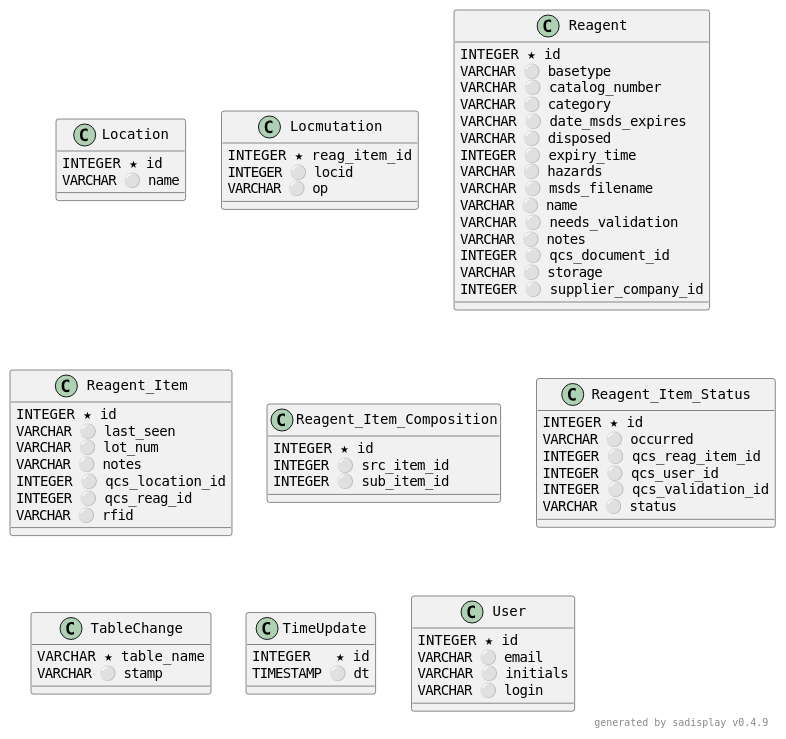
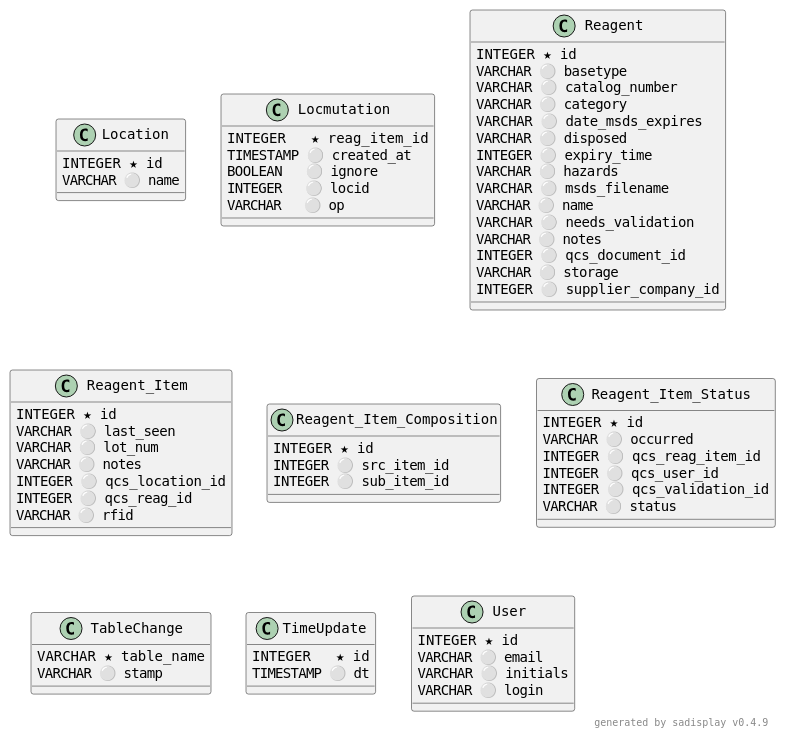
One commit to cfe-lab/stocky changed the diagram in stocky-devel/stocky/docs/source/chemstock.plantuml. Above: the diagram before and after it, drawn with PlantUML. The commit also changed 27 other files, not shown here.

```diff
--- a/stocky-devel/stocky/docs/source/chemstock.plantuml
+++ b/stocky-devel/stocky/docs/source/chemstock.plantuml
@@ -1,78 +1,80 @@
 @startuml
 
 skinparam defaultFontName Courier
 
 Class Location {
     INTEGER ★ id  
     VARCHAR ⚪ name
 }
 
 Class Locmutation {
-    INTEGER ★ reag_item_id
-    INTEGER ⚪ locid       
-    VARCHAR ⚪ op          
+    INTEGER   ★ reag_item_id
+    TIMESTAMP ⚪ created_at  
+    BOOLEAN   ⚪ ignore      
+    INTEGER   ⚪ locid       
+    VARCHAR   ⚪ op          
 }
 
 Class Reagent {
     INTEGER ★ id                 
     VARCHAR ⚪ basetype           
     VARCHAR ⚪ catalog_number     
     VARCHAR ⚪ category           
     VARCHAR ⚪ date_msds_expires  
     VARCHAR ⚪ disposed           
     INTEGER ⚪ expiry_time        
     VARCHAR ⚪ hazards            
     VARCHAR ⚪ msds_filename      
     VARCHAR ⚪ name               
     VARCHAR ⚪ needs_validation   
     VARCHAR ⚪ notes              
     INTEGER ⚪ qcs_document_id    
     VARCHAR ⚪ storage            
     INTEGER ⚪ supplier_company_id
 }
 
 Class Reagent_Item {
     INTEGER ★ id             
     VARCHAR ⚪ last_seen      
     VARCHAR ⚪ lot_num        
     VARCHAR ⚪ notes          
     INTEGER ⚪ qcs_location_id
     INTEGER ⚪ qcs_reag_id    
     VARCHAR ⚪ rfid           
 }
 
 Class Reagent_Item_Composition {
     INTEGER ★ id         
     INTEGER ⚪ src_item_id
     INTEGER ⚪ sub_item_id
 }
 
 Class Reagent_Item_Status {
     INTEGER ★ id               
     VARCHAR ⚪ occurred         
     INTEGER ⚪ qcs_reag_item_id 
     INTEGER ⚪ qcs_user_id      
     INTEGER ⚪ qcs_validation_id
     VARCHAR ⚪ status           
 }
 
 Class TableChange {
     VARCHAR ★ table_name
     VARCHAR ⚪ stamp     
 }
 
 Class TimeUpdate {
     INTEGER   ★ id
     TIMESTAMP ⚪ dt
 }
 
 Class User {
     INTEGER ★ id      
     VARCHAR ⚪ email   
     VARCHAR ⚪ initials
     VARCHAR ⚪ login   
 }
 
 right footer generated by sadisplay v0.4.9
 
 @enduml
```
